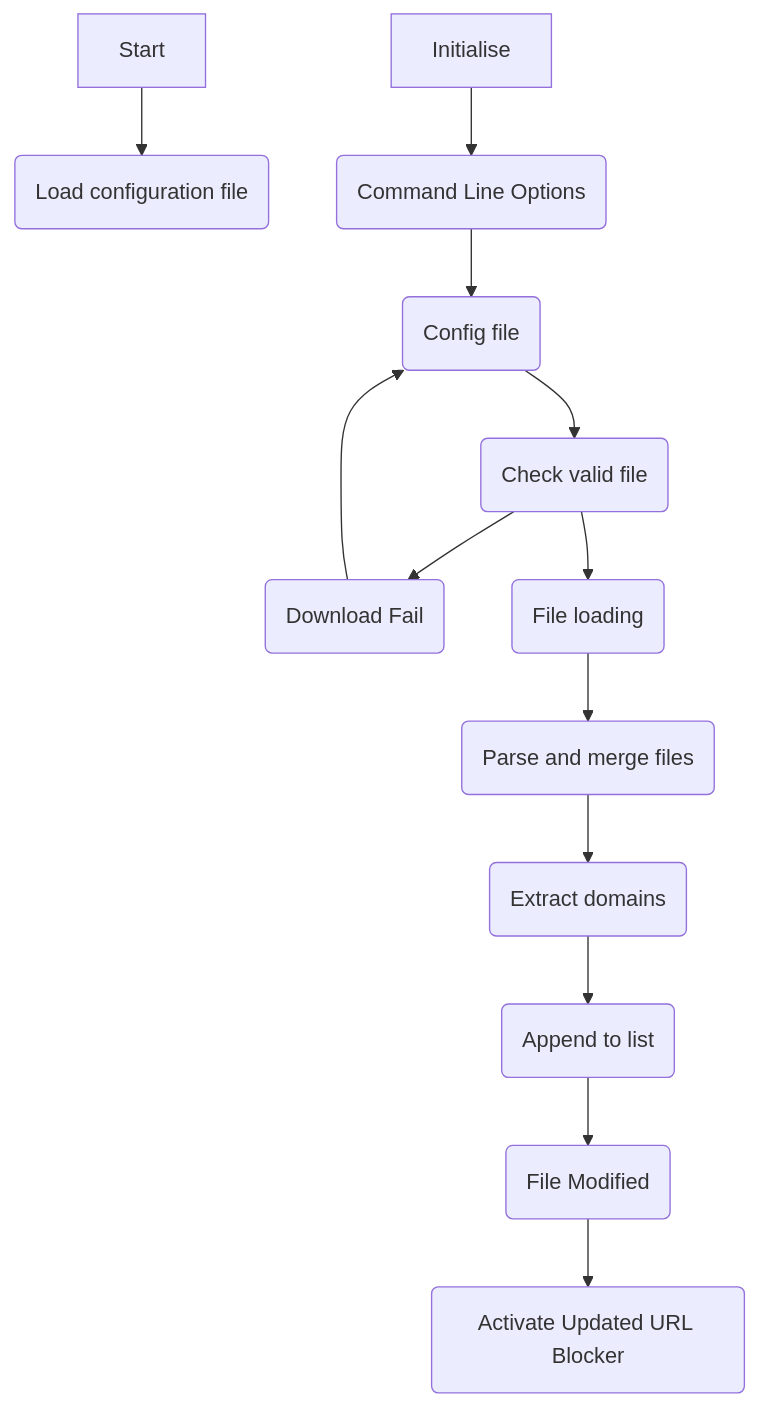
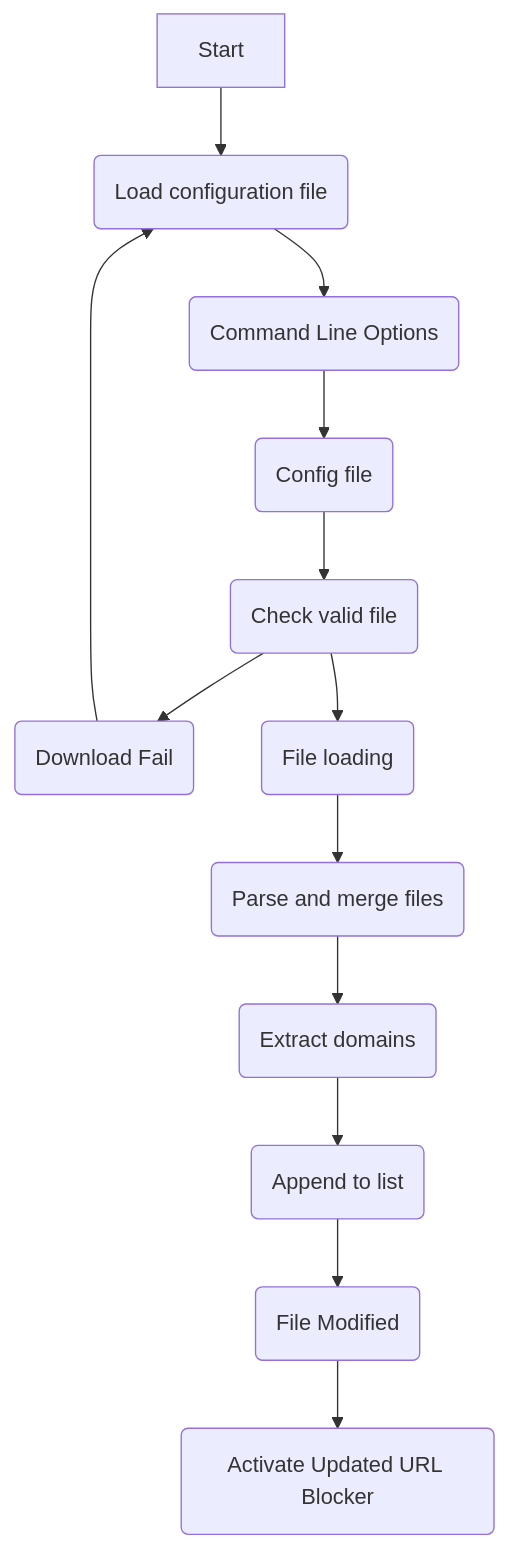
Before and after one commit to jarnaks/ICTPRG434AT2-Debugging: the diagram in URLBlocker.md, drawn with Mermaid.

````diff
--- a/URLBlocker.md
+++ b/URLBlocker.md
@@ -1,15 +1,15 @@
 ```mermaid
 flowchart TD
-    Start --> Initialize("Load configuration file")
+    Start --> Initialise("Load configuration file")
     Initialise --> Parse-command-line-options("Command Line Options")
     Parse-command-line-options --> GetConfigFile("Config file")
     GetConfigFile --> Download-blocklist("Check valid file")
     Download-blocklist --> Download-fail("Download Fail")
     Download-blocklist --> Correct-file("File loading")
-    Download-fail --> GetConfigFile
+    Download-fail --> Initialise
     Correct-file --> Parse-merge("Parse and merge files")
     Parse-merge --> Regex("Extract domains")
     Regex --> CombineList("Append to list")
     CombineList --> ModifiedHostFile("File Modified")
     ModifiedHostFile --> End("Activate Updated URL Blocker") 
 ```
````
